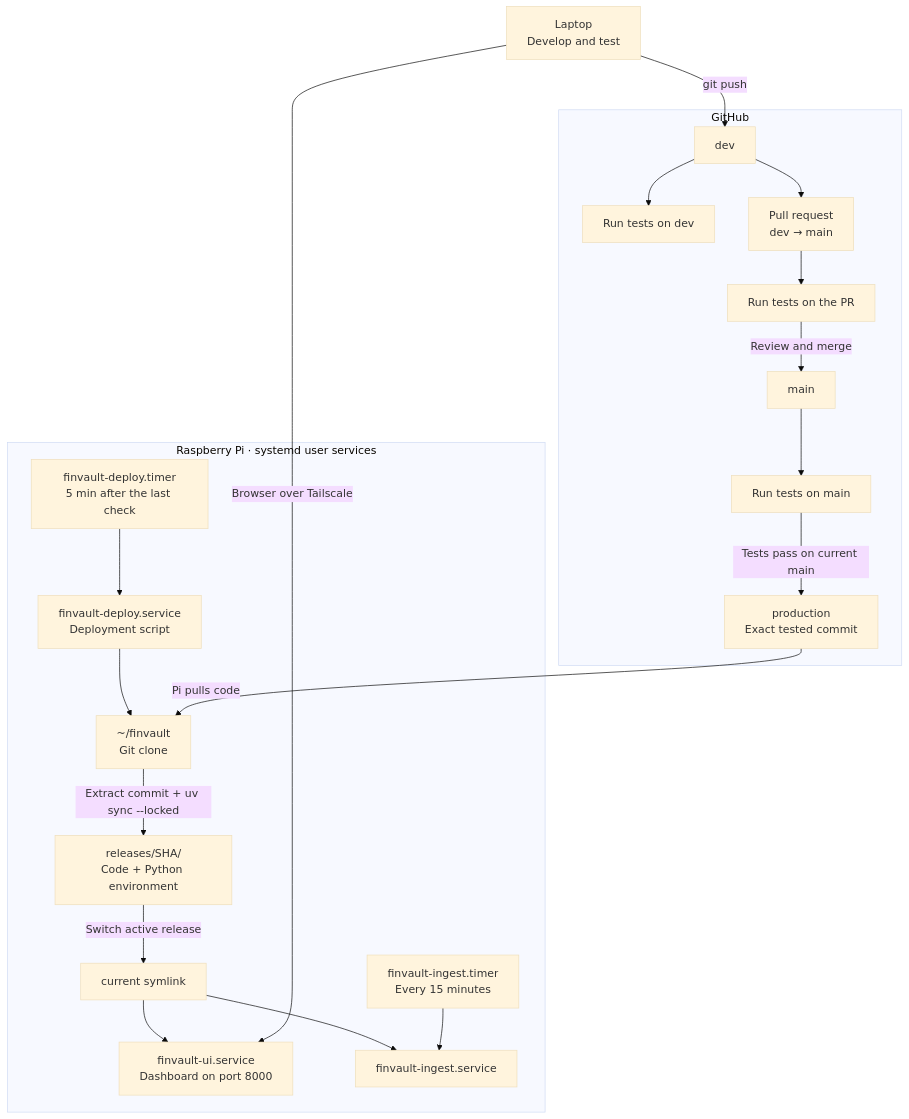
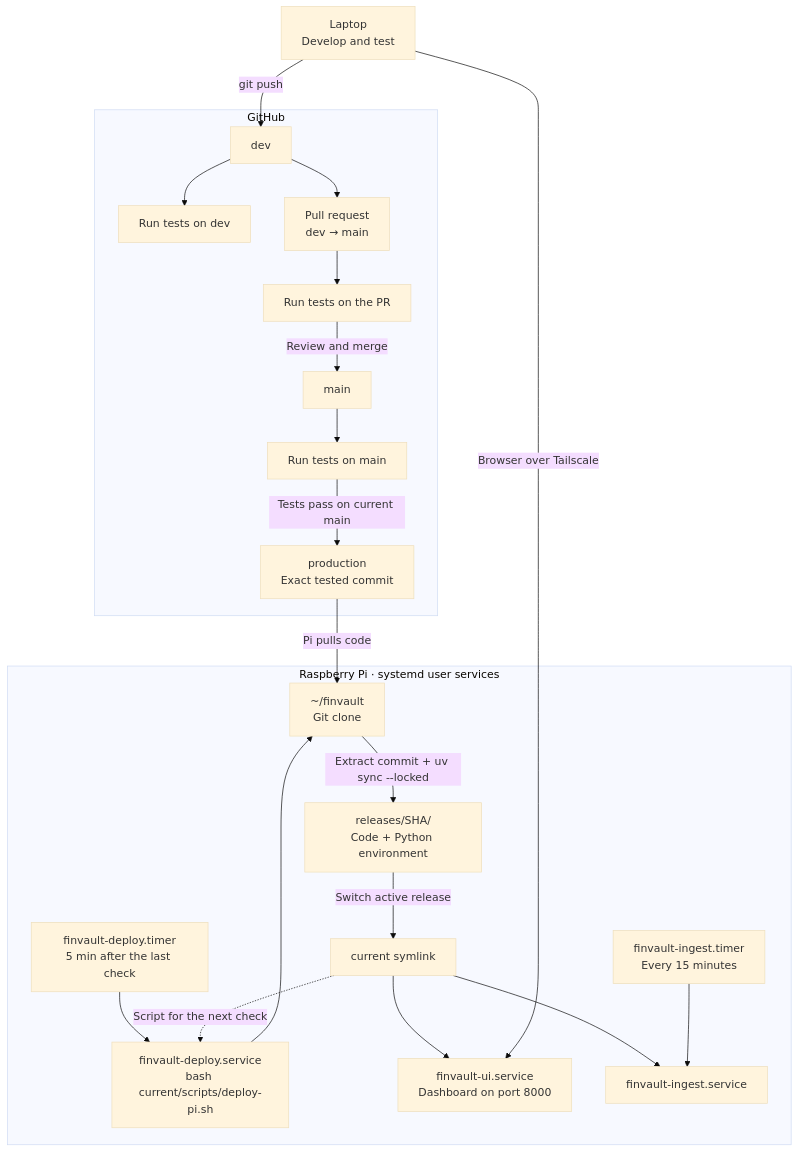
The second of 2 diagrams in README.md (anandvgeorge/finvault), drawn with Mermaid (base theme) before and after one commit. The commit also changed other lines of this file and 3 other files, not shown here.

Commit message:
Patches deployment service

````diff
--- a/README.md
+++ b/README.md
@@ -163,26 +164,27 @@
 ```mermaid
 flowchart TB
     Laptop["Laptop<br/>Develop and test"] -->|git push| Dev
 
     subgraph GitHub["GitHub"]
         Dev["dev"] --> DevCI["Run tests on dev"]
         Dev --> PR["Pull request<br/>dev → main"]
         PR --> PRCI["Run tests on the PR"]
         PRCI -->|Review and merge| Main["main"]
         Main --> CI["Run tests on main"]
         CI -->|Tests pass on current main| Production["production<br/>Exact tested commit"]
     end
 
     subgraph Pi["Raspberry Pi · systemd user services"]
-        Timer["finvault-deploy.timer<br/>5 min after the last check"] --> Deploy["finvault-deploy.service<br/>Deployment script"]
+        Timer["finvault-deploy.timer<br/>5 min after the last check"] --> Deploy["finvault-deploy.service<br/>bash current/scripts/deploy-pi.sh"]
         Deploy --> Clone["~/finvault<br/>Git clone"]
         Clone -->|Extract commit + uv sync --locked| Release["releases/SHA/<br/>Code + Python environment"]
         Release -->|Switch active release| Current["current symlink"]
+        Current -.->|Script for the next check| Deploy
         Current --> UI["finvault-ui.service<br/>Dashboard on port 8000"]
         Current --> Ingest["finvault-ingest.service"]
         Schedule["finvault-ingest.timer<br/>Every 15 minutes"] --> Ingest
     end
 
     Laptop -->|Browser over Tailscale| UI
     Production -->|Pi pulls code| Clone
 ```
````
